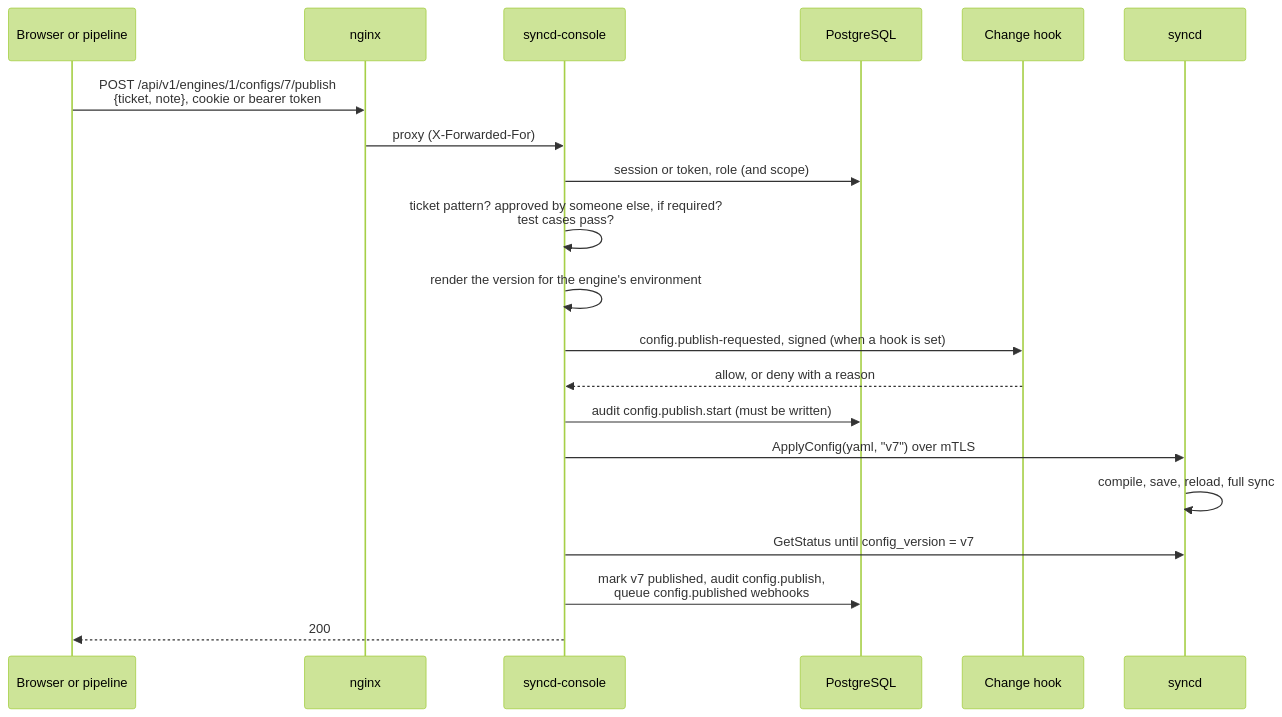
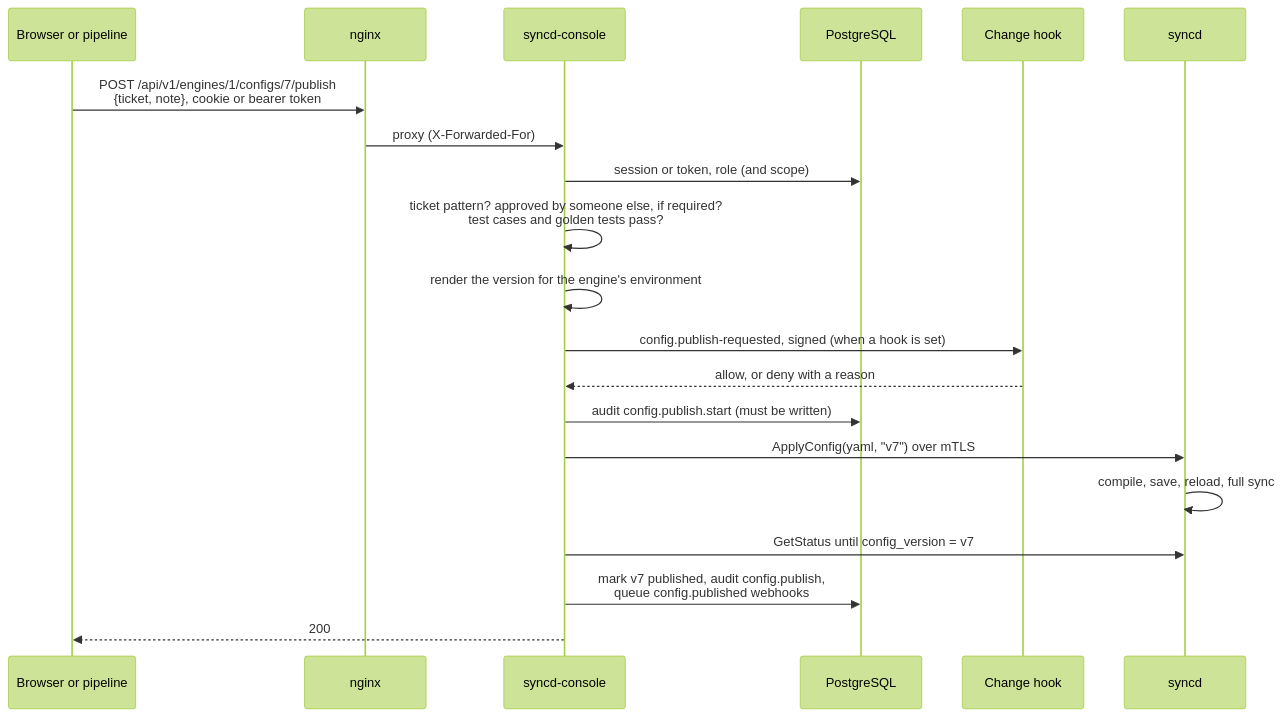
One commit to winllc/ens-apps-documentation changed the sixth of 8 diagrams in docs/syncd/architecture.md. Above: the diagram before and after it, drawn with Mermaid (forest theme). The commit also changed other lines of this file and 3 other files, not shown here.

First line of the commit message:
syncd 0.4.1: architecture, security, FIPS/STIG, API and webhooks checked against the code

````diff
--- a/docs/syncd/architecture.md
+++ b/docs/syncd/architecture.md
@@ -551,23 +560,23 @@
 ```mermaid
 sequenceDiagram
     participant B as Browser or pipeline
     participant N as nginx
     participant C as syncd-console
     participant P as PostgreSQL
     participant H as Change hook
     participant E as syncd
 
     B->>N: POST /api/v1/engines/1/configs/7/publish<br/>{ticket, note}, cookie or bearer token
     N->>C: proxy (X-Forwarded-For)
     C->>P: session or token, role (and scope)
-    C->>C: ticket pattern? approved by someone else, if required?<br/>test cases pass?
+    C->>C: ticket pattern? approved by someone else, if required?<br/>test cases and golden tests pass?
     C->>C: render the version for the engine's environment
     C->>H: config.publish-requested, signed (when a hook is set)
     H-->>C: allow, or deny with a reason
     C->>P: audit config.publish.start (must be written)
     C->>E: ApplyConfig(yaml, "v7") over mTLS
     E->>E: compile, save, reload, full sync
     C->>E: GetStatus until config_version = v7
     C->>P: mark v7 published, audit config.publish,<br/>queue config.published webhooks
     C-->>B: 200
 ```
````
